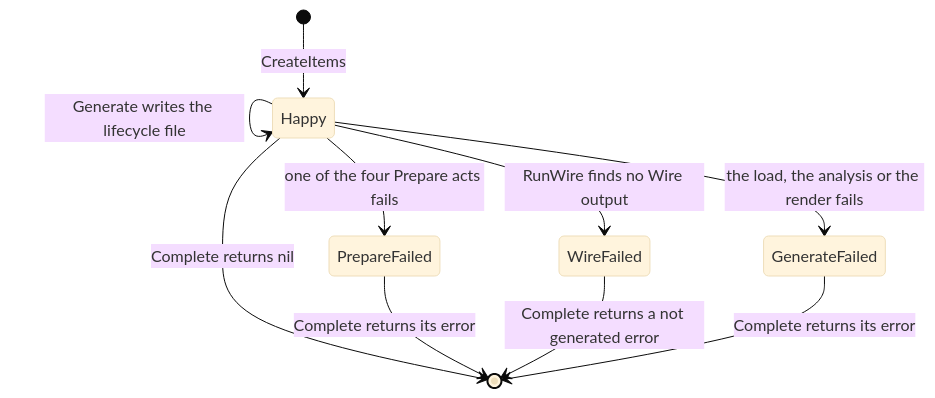
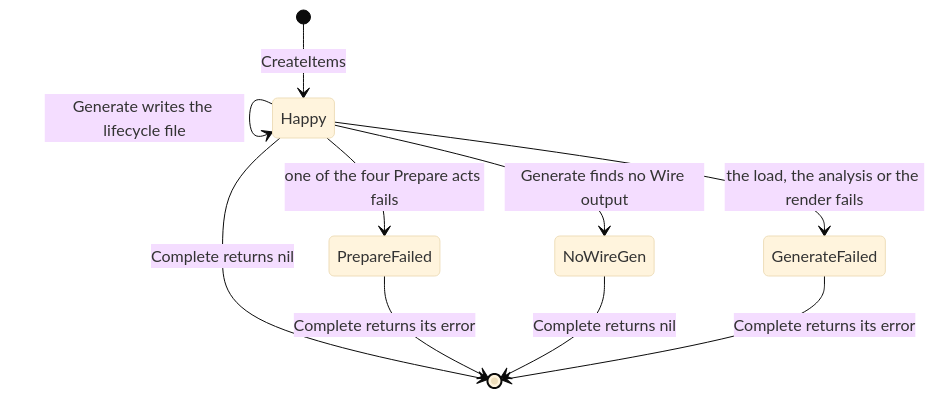
The seventh of 7 diagrams in docs/generator-architecture.md (livetribe/yama), drawn with Mermaid (base theme) before and after one commit. The commit also changed other lines of this file and 66 other files, not shown here.

````diff
--- a/docs/generator-architecture.md
+++ b/docs/generator-architecture.md
@@ -1081,13 +1098,13 @@
 ```mermaid
 stateDiagram-v2
     [*] --> Happy: CreateItems
     Happy --> Happy: Prepare sets both names aside
     Happy --> PrepareFailed: one of the four Prepare acts fails
-    Happy --> WireFailed: RunWire finds no Wire output
+    Happy --> NoWireGen: Generate finds no Wire output
     Happy --> Happy: Generate writes the lifecycle file
     Happy --> GenerateFailed: the load, the analysis or the render fails
     Happy --> [*]: Complete returns nil
     PrepareFailed --> [*]: Complete returns its error
-    WireFailed --> [*]: Complete returns a not generated error
+    NoWireGen --> [*]: Complete returns nil
     GenerateFailed --> [*]: Complete returns its error
 ```
````
